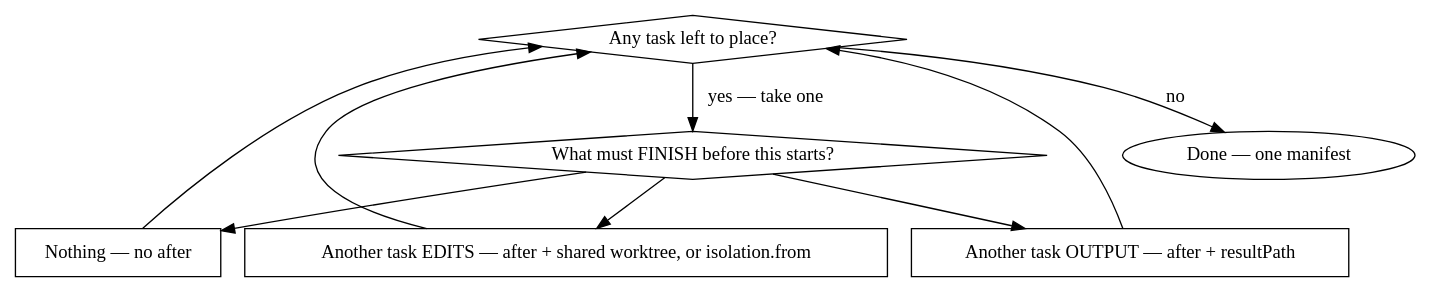
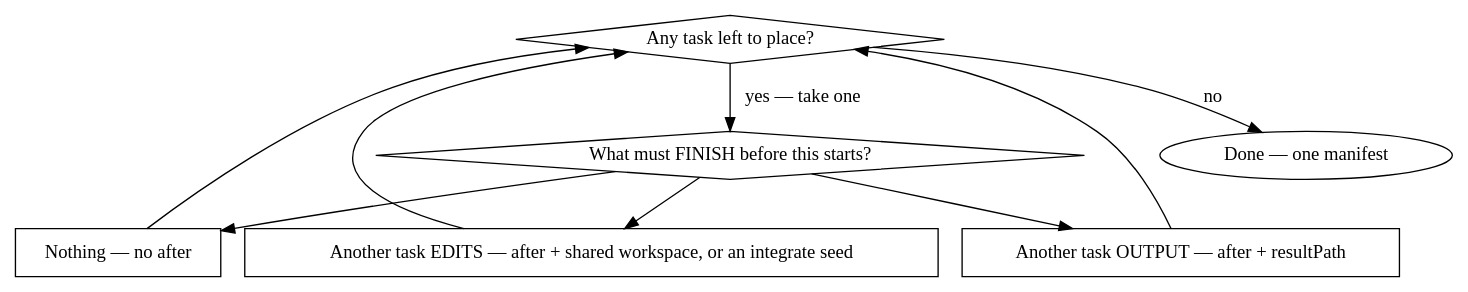
Before and after one commit to andrewmaston1988/claude-plugin-marketplace: the diagram in plugins/swarm/skills/executing-swarms/SKILL.md, drawn with Graphviz. The commit also changed other lines of this file and 27 other files, not shown here.

````diff
--- a/plugins/swarm/skills/executing-swarms/SKILL.md
+++ b/plugins/swarm/skills/executing-swarms/SKILL.md
@@ -68,19 +68,19 @@
 ```dot
 digraph swarm_place {
     left [label="Any task left to place?", shape=diamond];
     need [label="What must FINISH before this starts?", shape=diamond];
     nothing [label="Nothing — no after", shape=box];
     output [label="Another task OUTPUT — after + resultPath", shape=box];
-    edits [label="Another task EDITS — after + shared worktree, or isolation.from", shape=box];
+    edits [label="Another task EDITS — after + shared workspace, or an integrate seed", shape=box];
     done [label="Done — one manifest", shape=ellipse];
 
     left -> need [label="yes — take one"];
     need -> nothing;
     need -> output;
     need -> edits;
     nothing -> left;
     output -> left;
     edits -> left;
     left -> done [label="no"];
 }
 ```
````
